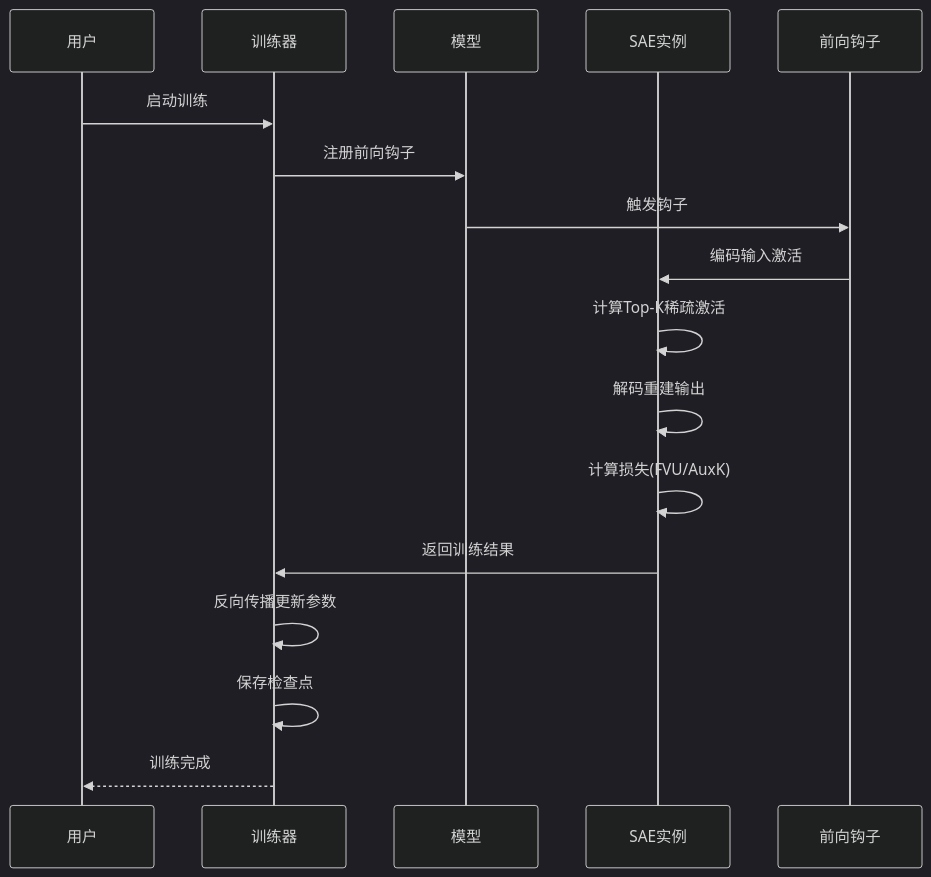
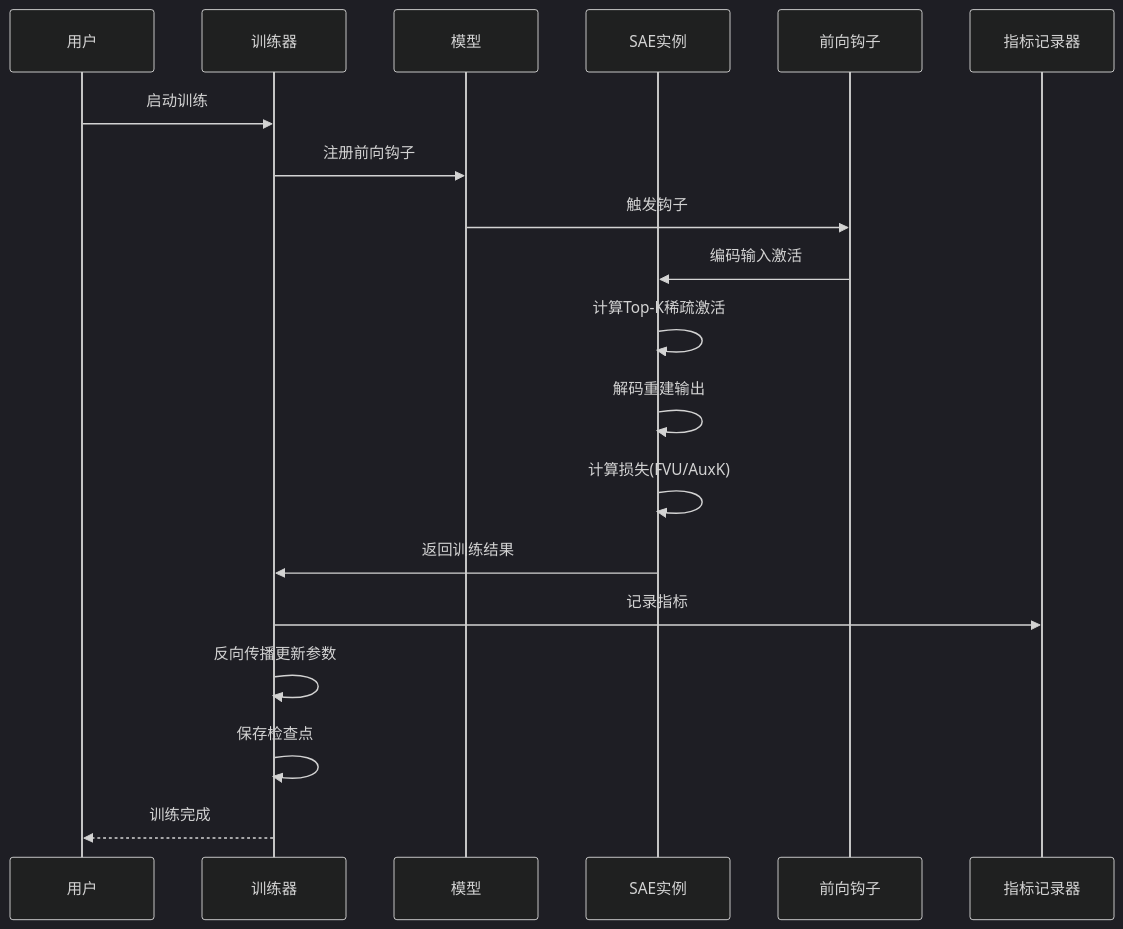
One commit to duanzhaol/sparsify changed the fourth of 16 diagrams in .qoder/repowiki/zh/content/Sae Improvement System.md. Above: the diagram before and after it, drawn with Mermaid (dark theme). The commit also changed other lines of this file and 5 other files, not shown here.

````diff
--- a/.qoder/repowiki/zh/content/Sae Improvement System.md
+++ b/.qoder/repowiki/zh/content/Sae Improvement System.md
@@ -230,19 +304,21 @@
 ```mermaid
 sequenceDiagram
 participant User as 用户
 participant Trainer as 训练器
 participant Model as 模型
 participant SAE as SAE实例
 participant Hook as 前向钩子
+participant Logger as 指标记录器
 User->>Trainer : 启动训练
 Trainer->>Model : 注册前向钩子
 Model->>Hook : 触发钩子
 Hook->>SAE : 编码输入激活
 SAE->>SAE : 计算Top-K稀疏激活
 SAE->>SAE : 解码重建输出
 SAE->>SAE : 计算损失(FVU/AuxK)
 SAE->>Trainer : 返回训练结果
+Trainer->>Logger : 记录指标
 Trainer->>Trainer : 反向传播更新参数
 Trainer->>Trainer : 保存检查点
 Trainer-->>User : 训练完成
 ```
````
